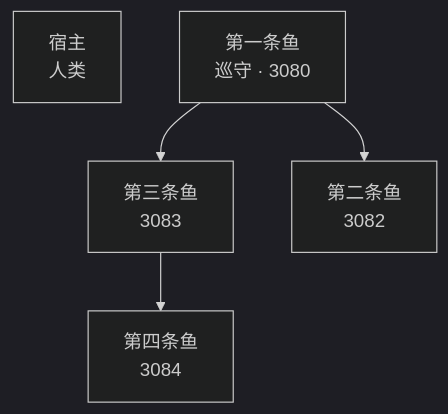
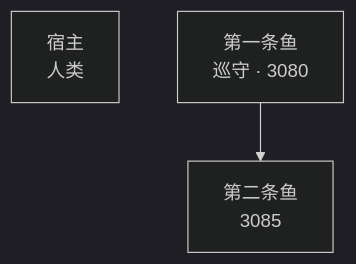
The diagram in docs/detail/鱼塘谱系.md (FabianActor/dsh-lil-whale), drawn with Mermaid (dark theme) before and after one commit. The commit also changed other lines of this file and 1 other file, not shown here.

````diff
--- a/docs/detail/鱼塘谱系.md
+++ b/docs/detail/鱼塘谱系.md
@@ -10,11 +10,7 @@
 ```mermaid
 graph TD
   fabian["宿主<br/>人类"]
-  fishball["第三条鱼<br/>3083"]
   lee["第一条鱼<br/>巡守 · 3080"]
-  whale["第二条鱼<br/>3082"]
-  xiaoman["第四条鱼<br/>3084"]
-  lee --> fishball
-  lee --> whale
-  fishball --> xiaoman
+  xfish["第二条鱼<br/>3085"]
+  lee --> xfish
 ```
````
